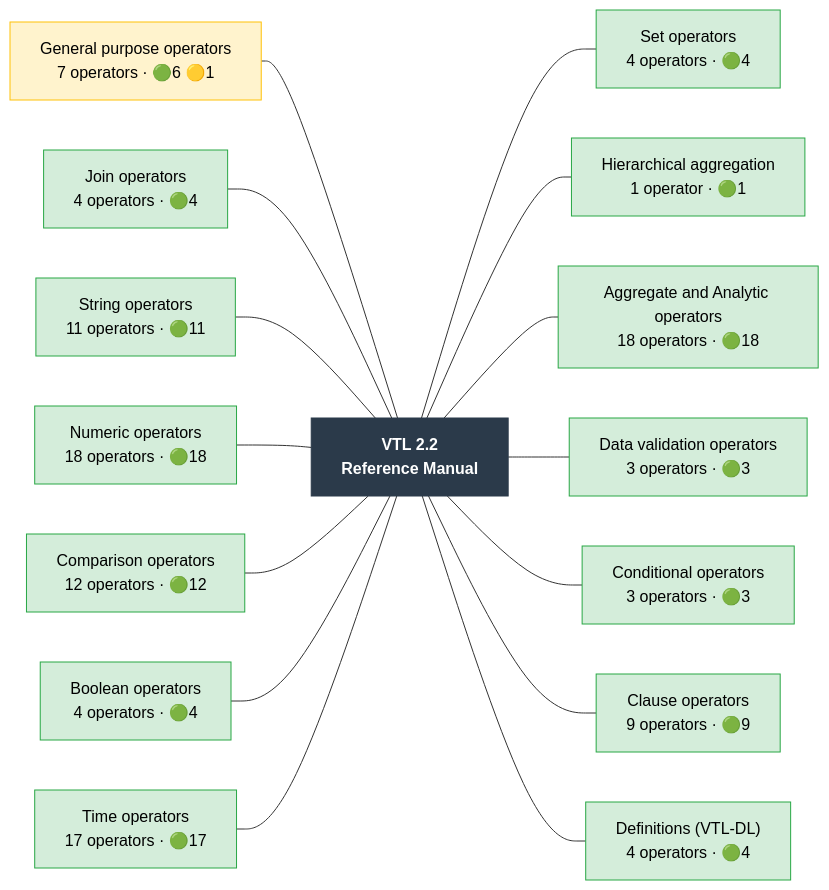
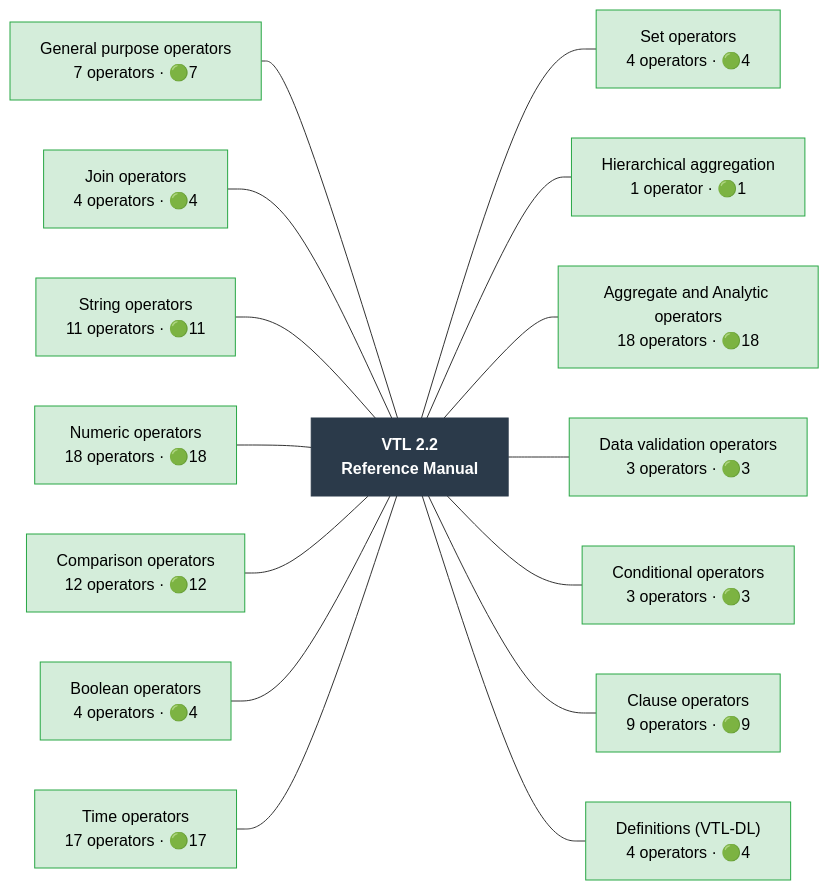
Before and after one commit to Meaningful-Data/vtlengine: the diagram in docs/operator_map/overview.rst, drawn with Mermaid. The commit also changed other lines of this file and 87 other files, not shown here.

```diff
--- a/docs/operator_map/overview.rst
+++ b/docs/operator_map/overview.rst
@@ -17,54 +17,54 @@
 .. mermaid::
    :config: {"flowchart": {"useMaxWidth": false}}
 
    flowchart LR
        classDef ok fill:#d4edda,stroke:#28a745,color:#000
        classDef partial fill:#fff3cd,stroke:#ffc107,color:#000
        classDef refused fill:#d4edda,stroke:#28a745,stroke-width:3px,stroke-dasharray: 2 2,color:#000
        classDef missing fill:#f8d7da,stroke:#dc3545,color:#000
        classDef diverge fill:#cce5ff,stroke:#007bff,color:#000
        classDef block fill:#2b3a4a,stroke:#2b3a4a,color:#fff,font-weight:bold
        classDef ext fill:#fff,stroke:#666,color:#000,stroke-dasharray: 5 5
        R["VTL 2.2<br/>Reference Manual"]:::block
-       chapter__general["General purpose operators<br/>7 operators · 🟢6 🟡1"]:::partial
+       chapter__general["General purpose operators<br/>7 operators · 🟢7"]:::ok
        chapter__join["Join operators<br/>4 operators · 🟢4"]:::ok
        chapter__string["String operators<br/>11 operators · 🟢11"]:::ok
        chapter__numeric["Numeric operators<br/>18 operators · 🟢18"]:::ok
        chapter__comparison["Comparison operators<br/>12 operators · 🟢12"]:::ok
        chapter__boolean["Boolean operators<br/>4 operators · 🟢4"]:::ok
        chapter__time["Time operators<br/>17 operators · 🟢17"]:::ok
        chapter__set["Set operators<br/>4 operators · 🟢4"]:::ok
        chapter__hierarchy["Hierarchical aggregation<br/>1 operator · 🟢1"]:::ok
        chapter__aggregate["Aggregate and Analytic operators<br/>18 operators · 🟢18"]:::ok
        chapter__validation["Data validation operators<br/>3 operators · 🟢3"]:::ok
        chapter__conditional["Conditional operators<br/>3 operators · 🟢3"]:::ok
        chapter__clause["Clause operators<br/>9 operators · 🟢9"]:::ok
        chapter__definitions["Definitions (VTL-DL)<br/>4 operators · 🟢4"]:::ok
        chapter__general --- R
        chapter__join --- R
        chapter__string --- R
        chapter__numeric --- R
        chapter__comparison --- R
        chapter__boolean --- R
        chapter__time --- R
        R --- chapter__set
        R --- chapter__hierarchy
        R --- chapter__aggregate
        R --- chapter__validation
        R --- chapter__conditional
        R --- chapter__clause
        R --- chapter__definitions
        click chapter__general href "general/index.html"
        click chapter__join href "join/index.html"
        click chapter__string href "string/index.html"
        click chapter__numeric href "numeric/index.html"
        click chapter__comparison href "comparison/index.html"
        click chapter__boolean href "boolean/index.html"
        click chapter__time href "time/index.html"
        click chapter__set href "set/index.html"
        click chapter__hierarchy href "hierarchy/index.html"
        click chapter__aggregate href "aggregate/index.html"
        click chapter__validation href "validation/index.html"
        click chapter__conditional href "conditional/index.html"
        click chapter__clause href "clause/index.html"
        click chapter__definitions href "definitions/index.html"
```
